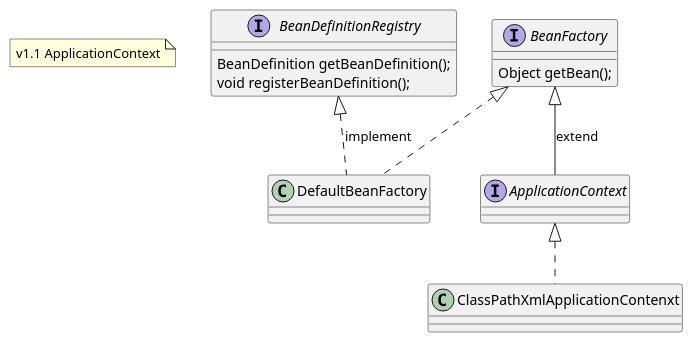
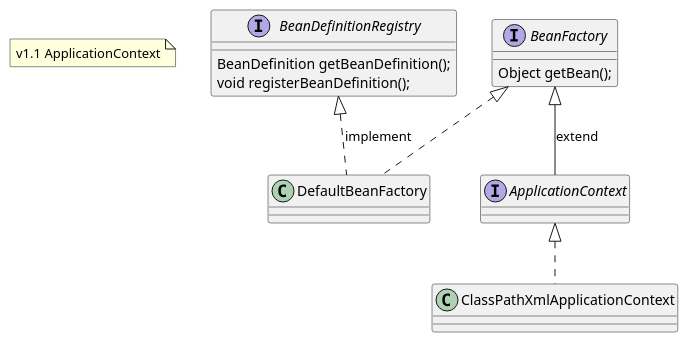
One commit to Kuangcp/TechGraph changed the diagram in UML/Spring/ApplicationContext.wsd. Above: the diagram before and after it, drawn with PlantUML.

```diff
--- a/UML/Spring/ApplicationContext.wsd
+++ b/UML/Spring/ApplicationContext.wsd
@@ -1,29 +1,29 @@
 @startuml ApplicationContext
 
 note "v1.1 ApplicationContext" as Tip
 
 interface BeanDefinitionRegistry {
   BeanDefinition getBeanDefinition();
   void registerBeanDefinition();
 }
 
 interface BeanFactory {
   Object getBean();
 }
 
 class DefaultBeanFactory {
 }
 
 interface ApplicationContext {
 }
 
-class ClassPathXmlApplicationContenxt {
+class ClassPathXmlApplicationContext {
 
 }
 
 BeanFactory <|-- ApplicationContext : extend
-ApplicationContext <|..ClassPathXmlApplicationContenxt
+ApplicationContext <|..ClassPathXmlApplicationContext
 BeanFactory <|.. DefaultBeanFactory
 BeanDefinitionRegistry <|.. DefaultBeanFactory : implement
 
 @enduml
```
